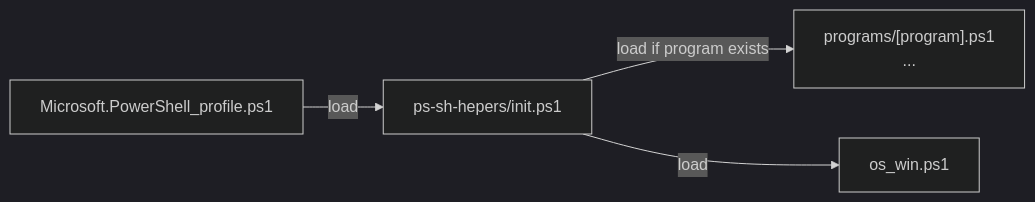
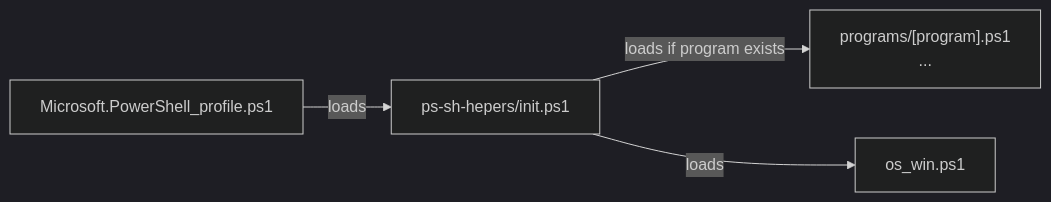
One commit to alanlivio/ps-sh-helpers changed the second of 2 diagrams in README.md. Above: the diagram before and after it, drawn with Mermaid. The commit also changed other lines of this file, not shown here.

````diff
--- a/README.md
+++ b/README.md
@@ -26,14 +24,14 @@
 ```mermaid
 %%{init: {'theme':'dark'}}%%
 flowchart LR
     psprofile["Microsoft.PowerShell_profile.ps1"]
     program-dependent["
         programs/[program].ps1
         ...
     "]
-    init --> |"load if program exists"| program-dependent
+    init --> |"loads if program exists"| program-dependent
     init["ps-sh-hepers/init.ps1"]
     oswinps1["os_win.ps1"]
-    psprofile--> |"load"| init
-    init --> |"load"| oswinps1
+    psprofile--> |"loads"| init
+    init --> |"loads"| oswinps1
 ```
````
